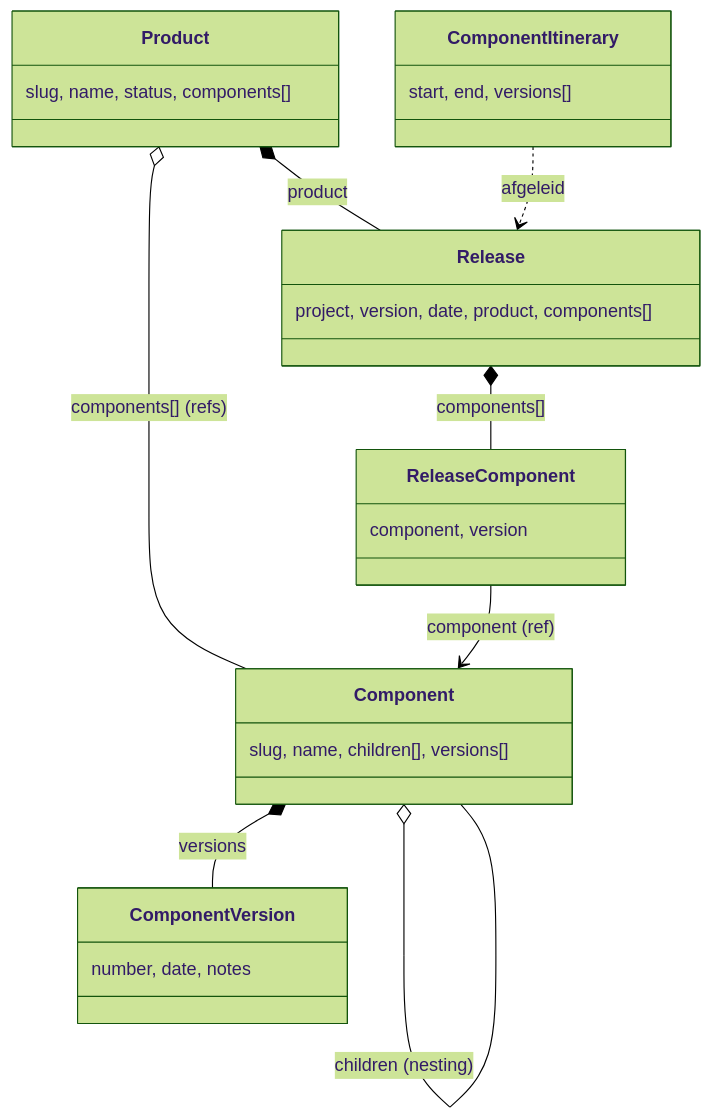
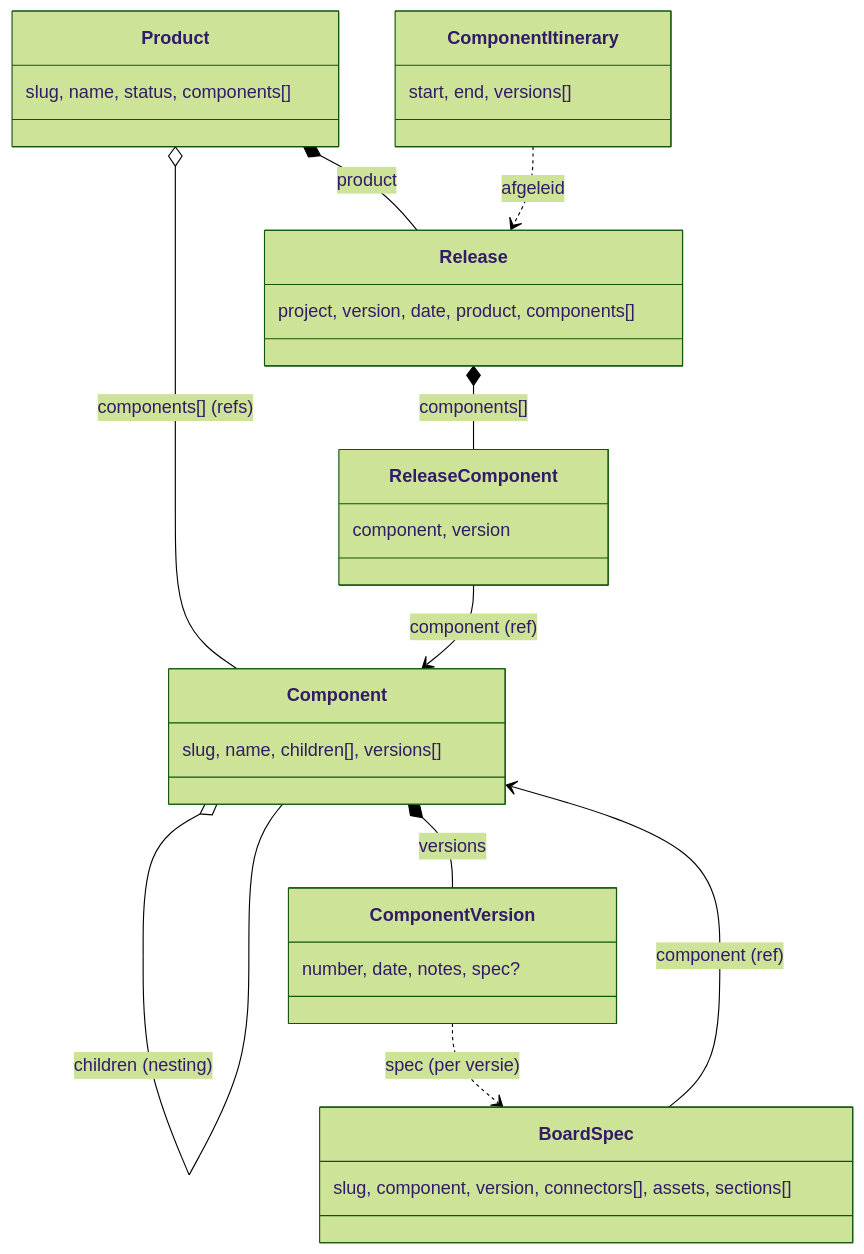
One commit to MarkWestbroek/imprint-engine changed the fourth of 8 diagrams in docs/architecture.md. Above: the diagram before and after it, drawn with Mermaid (forest theme). The commit also changed other lines of this file and 16 other files, not shown here.

First line of the commit message:
board-spec contenttype (stap 1): schema + type + relatie + svgRef

````diff
--- a/docs/architecture.md
+++ b/docs/architecture.md
@@ -144,17 +144,20 @@
 ```mermaid
 classDiagram
     class Product { slug, name, status, components[] }
     class Component { slug, name, children[], versions[] }
-    class ComponentVersion { number, date, notes }
+    class ComponentVersion { number, date, notes, spec? }
+    class BoardSpec { slug, component, version, connectors[], assets, sections[] }
     class Release { project, version, date, product, components[] }
     class ReleaseComponent { component, version }
     class ComponentItinerary { start, end, versions[] }
 
     Product o-- Component : components[] (refs)
     Component o-- Component : children (nesting)
     Component *-- ComponentVersion : versions
+    ComponentVersion ..> BoardSpec : spec (per versie)
+    BoardSpec --> Component : component (ref)
     Product *-- Release : product
     Release *-- ReleaseComponent : components[]
     ReleaseComponent --> Component : component (ref)
     ComponentItinerary ..> Release : afgeleid
 ```
````
